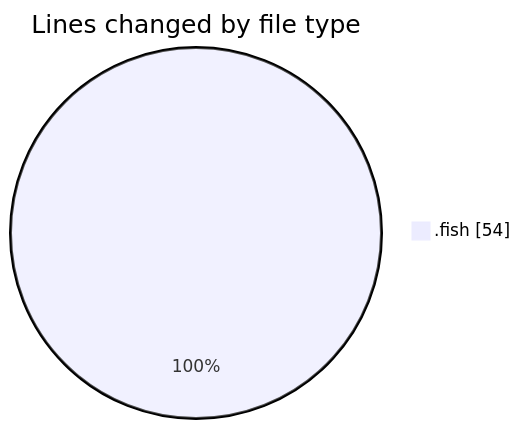
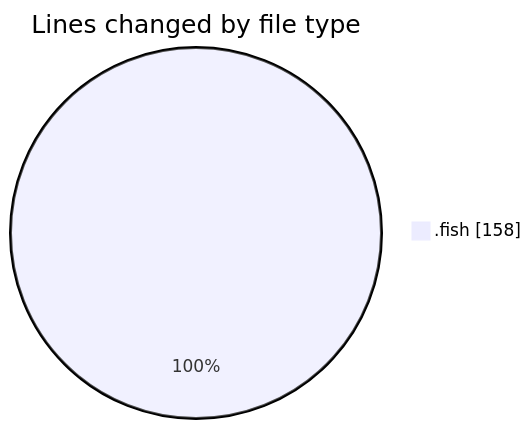
Before and after one commit to EIIisD/code-tracking: the first of 2 diagrams in 2025-08-11/fish/README.md, drawn with Mermaid. The commit also changed other lines of this file and 1 other file, not shown here.

````diff
--- a/2025-08-11/fish/README.md
+++ b/2025-08-11/fish/README.md
@@ -21,5 +22,5 @@
 ```mermaid
 pie showData
 title Lines changed by file type
-".fish" : 54
+".fish" : 158
 ```
````
